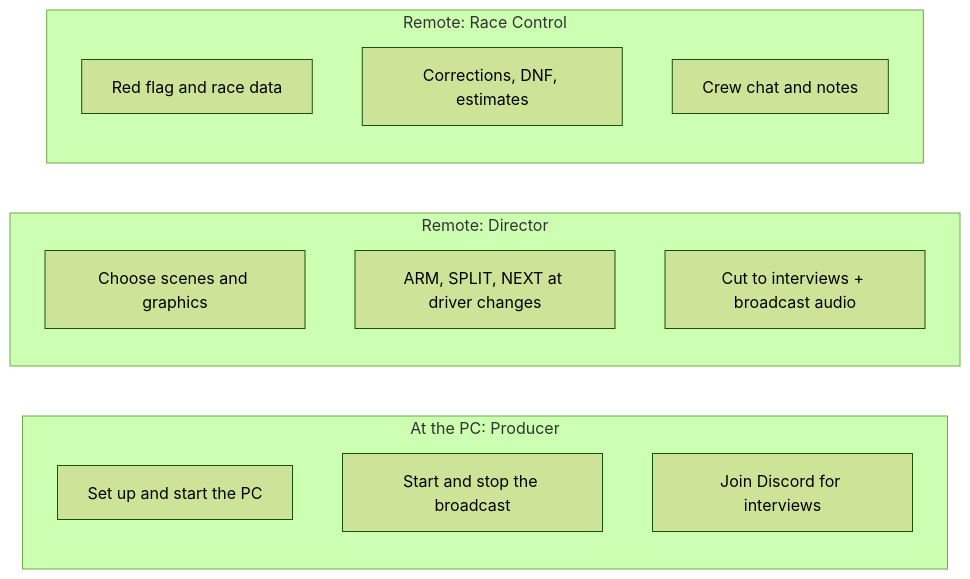
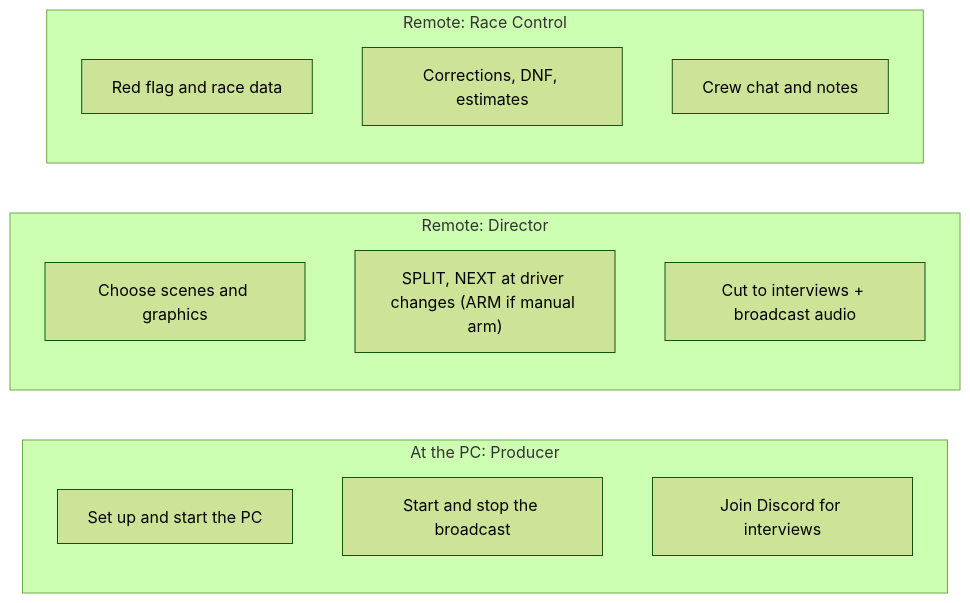
The diagram in src/docs/slides/diagrams/who-does-what.mmd (jegr78/gt-racing-broadcast), drawn with Mermaid (forest theme) before and after one commit. The commit also changed 47 other files, not shown here.

```diff
--- a/src/docs/slides/diagrams/who-does-what.mmd
+++ b/src/docs/slides/diagrams/who-does-what.mmd
@@ -1,16 +1,16 @@
 flowchart LR
   subgraph P["At the PC: Producer"]
     P1["Set up and start the PC"]
     P2["Start and stop the broadcast"]
     P3["Join Discord for interviews"]
   end
   subgraph D["Remote: Director"]
     D1["Choose scenes and graphics"]
-    D2["ARM, SPLIT, NEXT at driver changes"]
+    D2["SPLIT, NEXT at driver changes (ARM if manual arm)"]
     D3["Cut to interviews + broadcast audio"]
   end
   subgraph RC["Remote: Race Control"]
     RC1["Red flag and race data"]
     RC2["Corrections, DNF, estimates"]
     RC3["Crew chat and notes"]
   end
```
